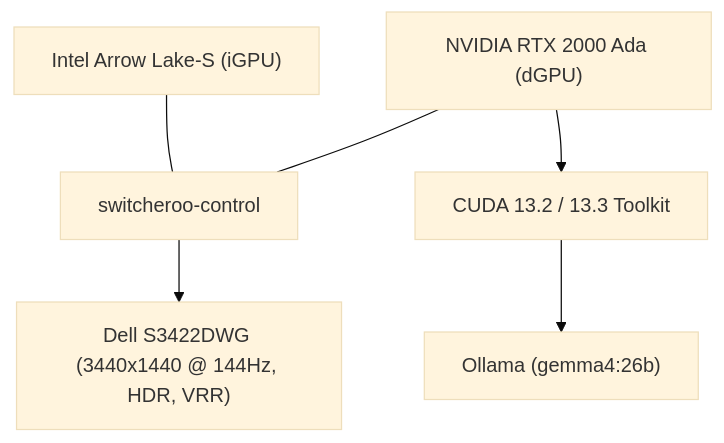
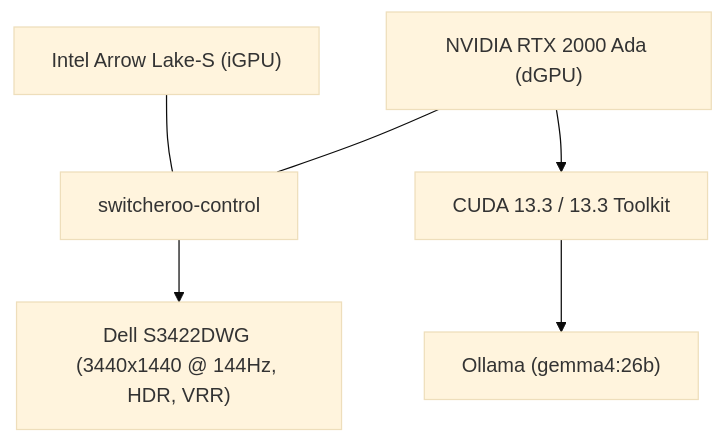
The diagram in fedora_config_report.md (galpar/Fedora-Configuration), drawn with Mermaid (base theme) before and after one commit. The commit also changed other lines of this file, not shown here.

````diff
--- a/fedora_config_report.md
+++ b/fedora_config_report.md
@@ -22,8 +19,8 @@
 ```mermaid
 graph TD
     Intel["Intel Arrow Lake-S (iGPU)"] --- Switch["switcheroo-control"]
     Nvidia["NVIDIA RTX 2000 Ada (dGPU)"] --- Switch
     Switch --> Display["Dell S3422DWG (3440x1440 @ 144Hz, HDR, VRR)"]
-    Nvidia --> CUDA["CUDA 13.2 / 13.3 Toolkit"]
+    Nvidia --> CUDA["CUDA 13.3 / 13.3 Toolkit"]
     CUDA --> Ollama["Ollama (gemma4:26b)"]
 ```
````
